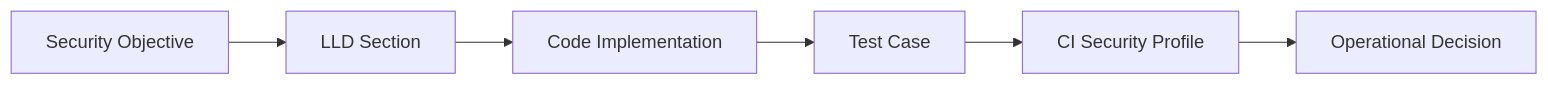
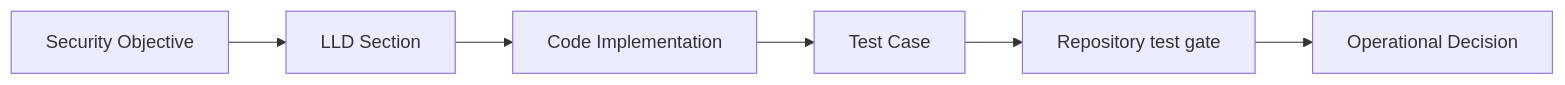
Before and after one commit to aoiflux/mutant: the first of 2 diagrams in docs/SECURITY_LLD_TRACEABILITY.md, drawn with Mermaid. The commit also changed other lines of this file and 13 other files, not shown here.

````diff
--- a/docs/SECURITY_LLD_TRACEABILITY.md
+++ b/docs/SECURITY_LLD_TRACEABILITY.md
@@ -20,8 +20,8 @@
 ```mermaid
 flowchart LR
     A[Security Objective] --> B[LLD Section]
     B --> C[Code Implementation]
     C --> D[Test Case]
-    D --> E[CI Security Profile]
+    D --> E[Repository test gate]
     E --> F[Operational Decision]
 ```
````
